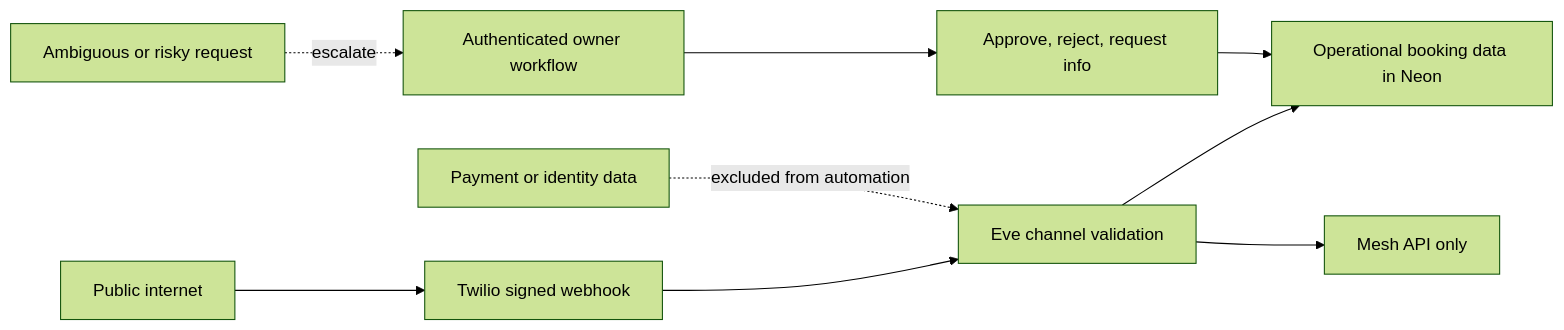
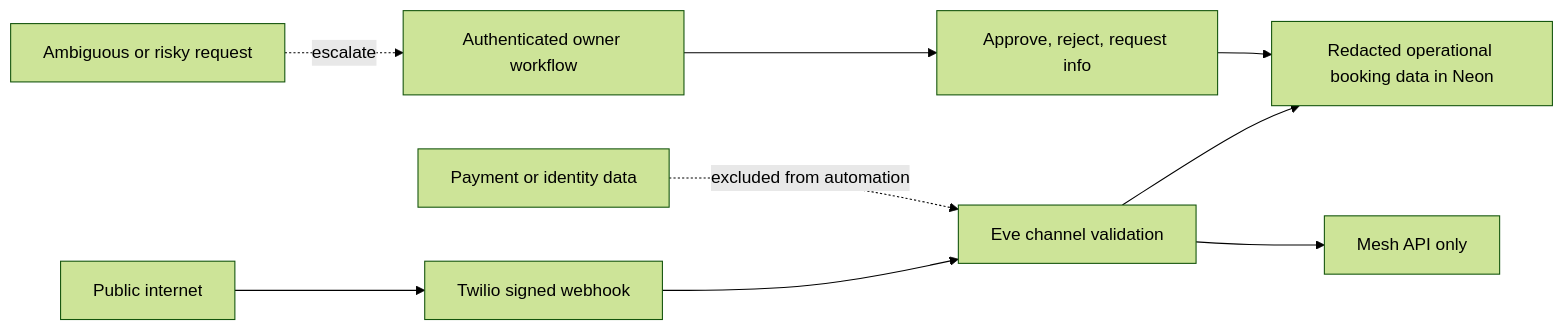
Before and after one commit to N-45div/SlotWaala: the fifth of 5 diagrams in ARCHITECTURE.md, drawn with Mermaid (forest theme). The commit also changed other lines of this file and 31 other files, not shown here.

````diff
--- a/ARCHITECTURE.md
+++ b/ARCHITECTURE.md
@@ -164,12 +199,12 @@
 ```mermaid
 flowchart LR
   Public[Public internet] --> Twilio[Twilio signed webhook]
   Twilio --> Eve[Eve channel validation]
-  Eve --> Stored[Operational booking data in Neon]
+  Eve --> Stored[Redacted operational booking data in Neon]
   Eve --> Mesh[Mesh API only]
   Owner[Authenticated owner workflow] --> Actions[Approve, reject, request info]
   Actions --> Stored
 
   Blocked[Payment or identity data] -. excluded from automation .-> Eve
   Ambiguous[Ambiguous or risky request] -. escalate .-> Owner
 ```
````
